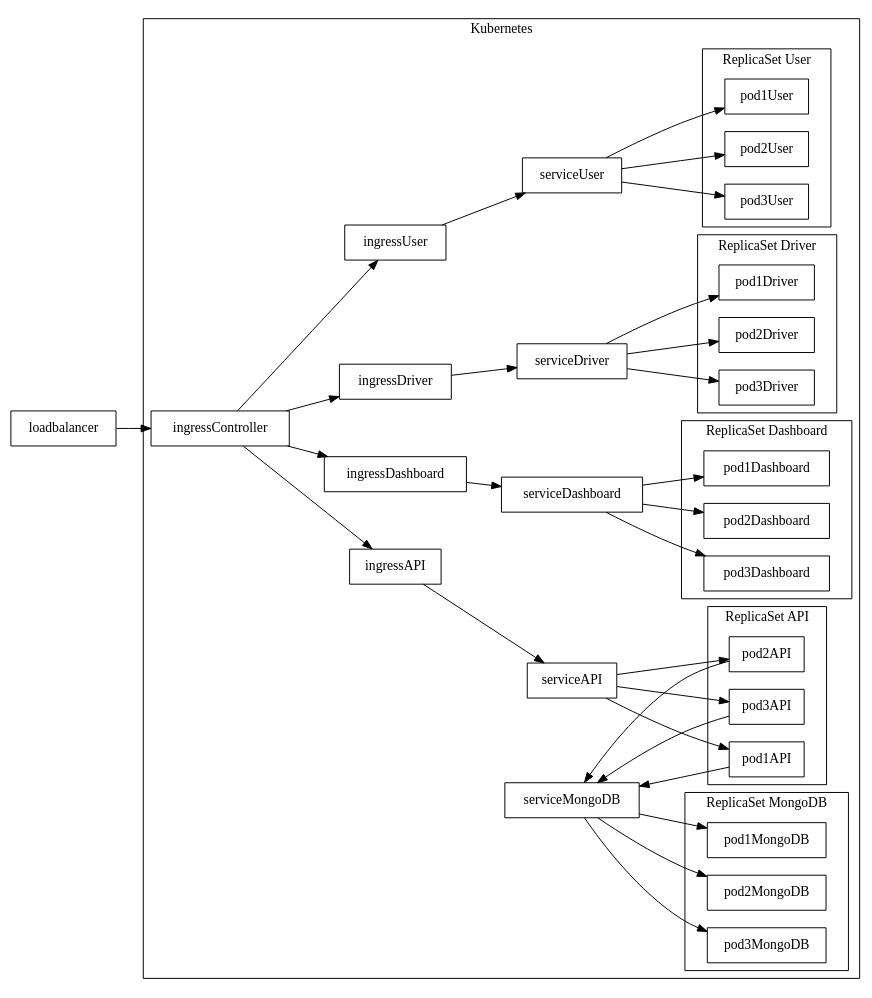
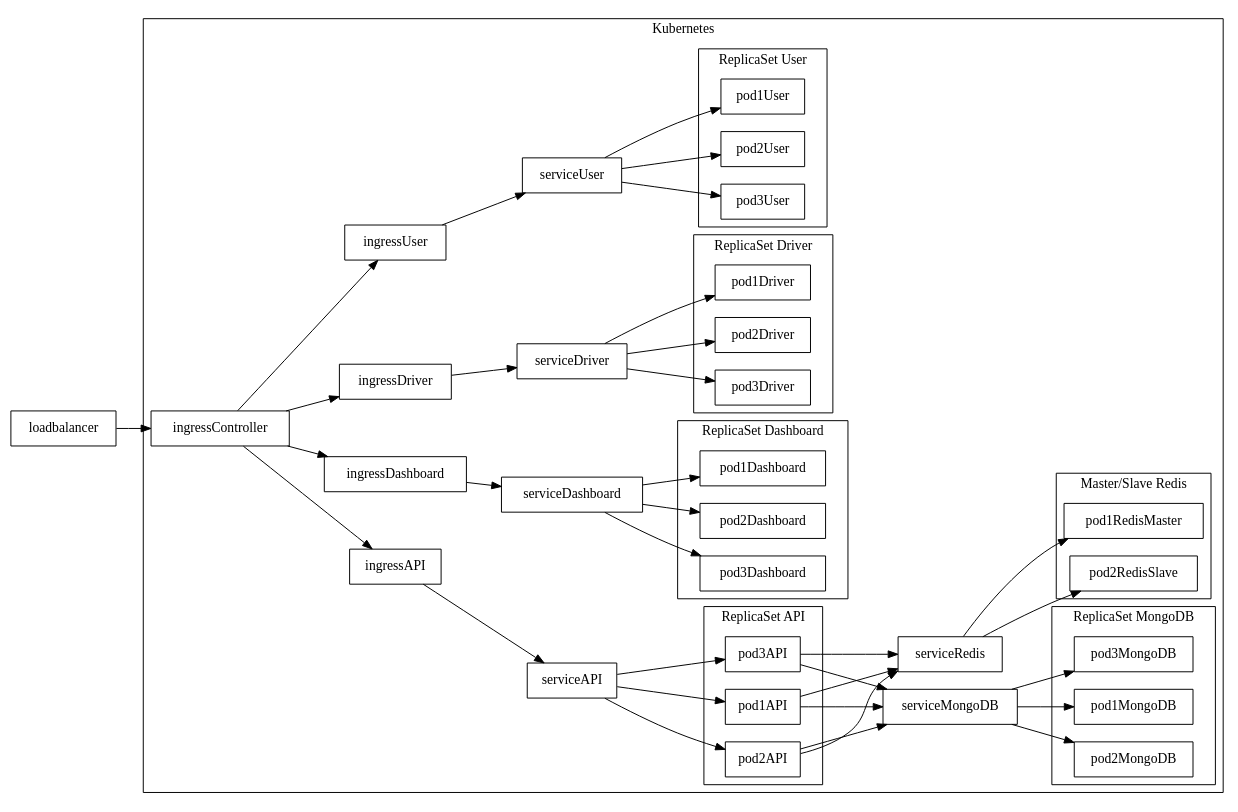
Before and after one commit to fabnumdef/e-chauffeur: the diagram in docs/infrastructure/main.dot, drawn with Graphviz. The commit also changed 2 other files, not shown here.

Commit message:
Add redis information

```diff
--- a/docs/infrastructure/main.dot
+++ b/docs/infrastructure/main.dot
@@ -1,58 +1,66 @@
 digraph G {
     newrank=true;
     rankdir="LR";
     node [shape=box];
     subgraph cluster_kube {
         label = "Kubernetes";
-        ingressController -> ingressAPI -> serviceAPI -> {pod1API, pod2API, pod3API} -> serviceMongoDB;
+        ingressController -> ingressAPI -> serviceAPI -> {pod1API, pod2API, pod3API} -> {serviceMongoDB, serviceRedis};
         subgraph cluster_podAPI {
             label = "ReplicaSet API";
             {pod1API, pod2API, pod3API};
         }
         ingressController -> ingressDashboard -> serviceDashboard -> {pod1Dashboard, pod2Dashboard, pod3Dashboard};
         subgraph cluster_podDashboard {
             label = "ReplicaSet Dashboard";
             {pod1Dashboard, pod2Dashboard, pod3Dashboard};
         }
         ingressController -> ingressDriver -> serviceDriver -> {pod1Driver, pod2Driver, pod3Driver};
         subgraph cluster_podDriver {
             label = "ReplicaSet Driver";
             {pod1Driver, pod2Driver, pod3Driver};
         }
         ingressController -> ingressUser -> serviceUser -> {pod1User, pod2User, pod3User};
         subgraph cluster_podUser {
             label = "ReplicaSet User";
             {pod1User, pod2User, pod3User};
         }
         serviceMongoDB -> {pod1MongoDB, pod2MongoDB, pod3MongoDB};
         subgraph cluster_podMongoDB {
             label = "ReplicaSet MongoDB";
             {pod1MongoDB, pod2MongoDB, pod3MongoDB};
         }
+        serviceRedis -> {pod1RedisMaster, pod2RedisSlave};
+        subgraph cluster_podRedis {
+            label = "Master/Slave Redis";
+            {pod1RedisMaster, pod2RedisSlave};
+        }
+        {
+            rank=same;
+            {pod1MongoDB, pod2MongoDB, pod3MongoDB};
+            {pod1RedisMaster, pod2RedisSlave};
+        }
         {
             rank=same;
             {pod1API, pod2API, pod3API};
             {pod1Dashboard, pod2Dashboard, pod3Dashboard};
             {pod1Driver, pod2Driver, pod3Driver};
             {pod1User, pod2User, pod3User};
-            {pod1MongoDB, pod2MongoDB, pod3MongoDB};
         }
         {
             rank=same;
             ingressAPI;
             ingressDashboard;
             ingressDriver;
             ingressUser;
         }
         {
             rank=same;
             serviceAPI;
             serviceDashboard;
             serviceDriver;
             serviceUser;
-            serviceMongoDB;
         }
     }
     loadbalancer -> ingressController;
 
 }
```
